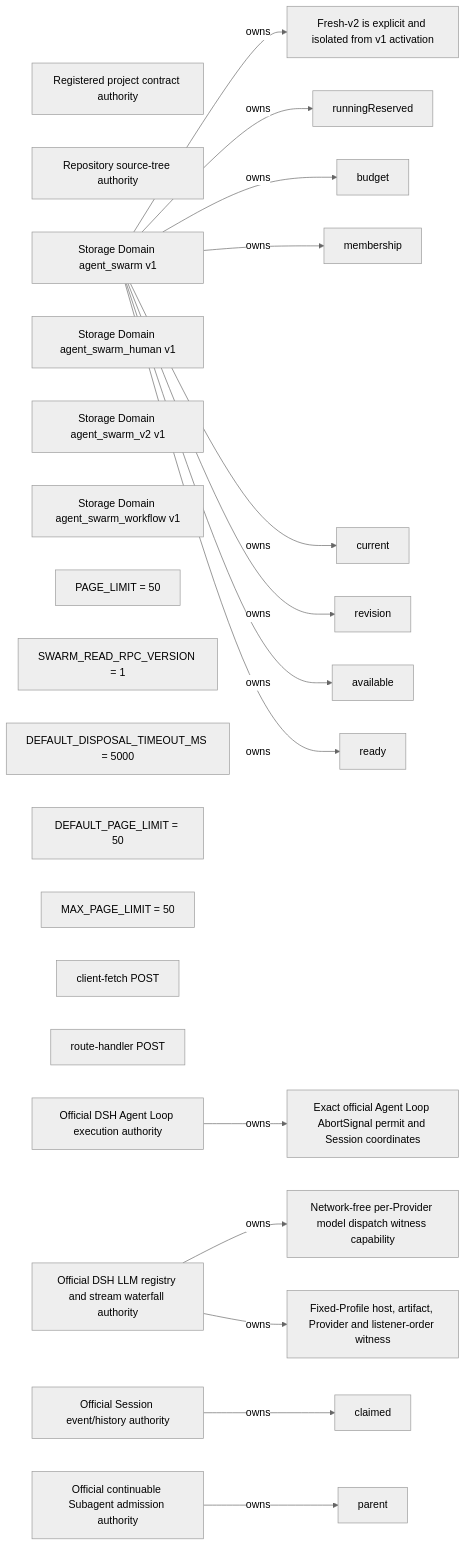
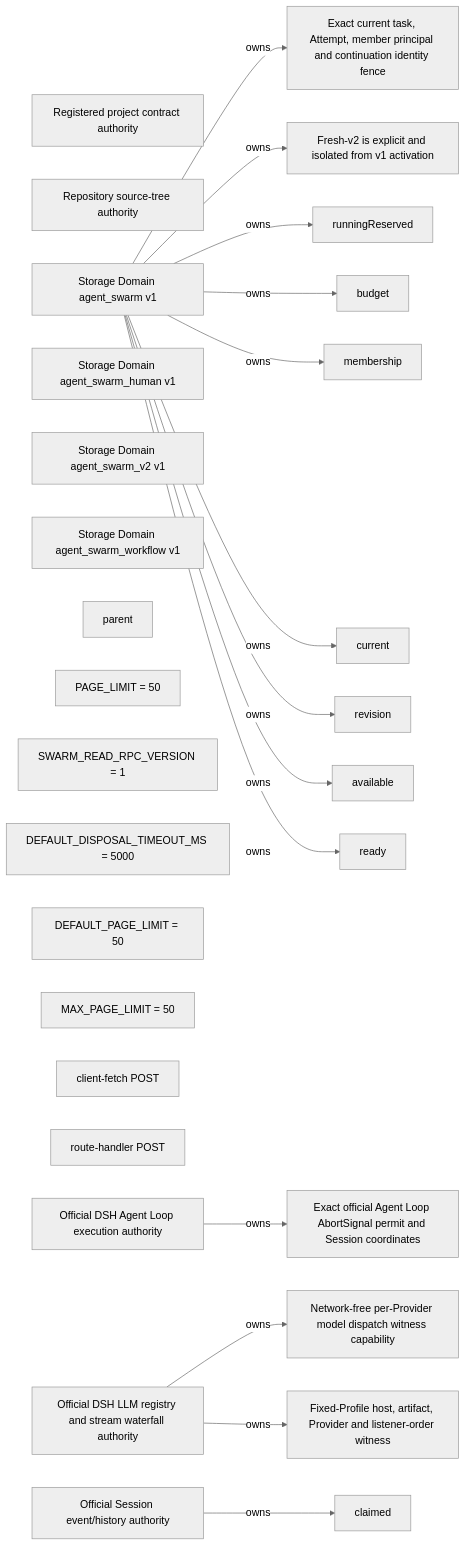
One commit to leinasi2014/dsh-agent-swarm changed the sixth of 6 diagrams in docs/generated/knowledge-graph/authority-permission.md. Above: the diagram before and after it, drawn with Mermaid (neutral theme). The commit also changed other lines of this file and 46 other files, not shown here.

Commit message:
feat: add fresh-v2 online attempt continuation

````diff
--- a/docs/generated/knowledge-graph/authority-permission.md
+++ b/docs/generated/knowledge-graph/authority-permission.md
@@ -110,46 +112,46 @@
 ```mermaid
 flowchart LR
   n_617574686f726974793a70726f6a6563742d636f6e747261637473["Registered project contract authority"]
   n_617574686f726974793a736f757263652d74726565["Repository source-tree authority"]
   n_6361706162696c6974793a66726573682d76322d6d6f64656c2d64697370617463682d7769746e657373["Network-free per-Provider model dispatch witness capability"]
   n_646f6d61696e3a6167656e742d737761726d["Storage Domain agent_swarm v1"]
   n_646f6d61696e3a6167656e742d737761726d2d68756d616e["Storage Domain agent_swarm_human v1"]
   n_646f6d61696e3a6167656e742d737761726d2d7632["Storage Domain agent_swarm_v2 v1"]
   n_646f6d61696e3a6167656e742d737761726d2d776f726b666c6f77["Storage Domain agent_swarm_workflow v1"]
   n_67756172643a617474656d70742d72756e6e696e672d7265736572766564["runningReserved"]
   n_67756172643a6275646765742d7265736572766174696f6e2d61646d69737369626c65["budget"]
   n_67756172643a6361707461696e2d6f722d73656c662d6d656d62657273686970["membership"]
   n_67756172643a636c61696d65642d6672616d652d6f6e6c792d61636b6e6f776c656467656d656e74["claimed"]
   n_67756172643a65786163742d63757272656e742d617474656d7074["current"]
   n_67756172643a65786163742d7461736b2d7265766973696f6e["revision"]
+  n_67756172643a66726573682d76322d636f6e74696e756174696f6e2d65786163742d617474656d7074["Exact current task, Attempt, member principal and continuation identity fence"]
   n_67756172643a66726573682d76322d6578706572696d656e74616c2d61637469766174696f6e["Fresh-v2 is explicit and isolated from v1 activation"]
   n_67756172643a66726573682d76322d66697865642d70726f66696c652d7769746e6573732d6361706162696c697479["Fixed-Profile host, artifact, Provider and listener-order witness"]
   n_67756172643a66726573682d76322d6f6666696369616c2d6167656e742d6c6f6f702d72657175657374["Exact official Agent Loop AbortSignal permit and Session coordinates"]
   n_67756172643a6d656d6265722d6861732d6e6f2d6f70656e2d776f726b["available"]
   n_67756172643a6f6666696369616c2d6c6976652d6469726563742d706172656e742d61646d697373696f6e["parent"]
   n_67756172643a7270632d626f756e642f7372632f636c69656e742f7465616d2d64617368626f6172642d636f6e74726f6c6c65722e74732f706167655f6c696d6974["PAGE_LIMIT = 50"]
   n_67756172643a7270632d626f756e642f7372632f7270632f726561642d7270632d636f6e74726163742e74732f737761726d5f726561645f7270635f76657273696f6e["SWARM_READ_RPC_VERSION = 1"]
   n_67756172643a7270632d626f756e642f7372632f7270632f726561642d7270632d736572766963652e74732f64656661756c745f646973706f73616c5f74696d656f75745f6d73["DEFAULT_DISPOSAL_TIMEOUT_MS = 5000"]
   n_67756172643a7270632d626f756e642f7372632f7270632f726561642d7270632d736572766963652e74732f64656661756c745f706167655f6c696d6974["DEFAULT_PAGE_LIMIT = 50"]
   n_67756172643a7270632d626f756e642f7372632f7270632f726561642d7270632d736572766963652e74732f6d61785f706167655f6c696d6974["MAX_PAGE_LIMIT = 50"]
   n_67756172643a7270632d687474702f30312d7372632f636c69656e742f726561642d636c69656e742e7473["client-fetch POST"]
   n_67756172643a7270632d687474702f30322d7372632f7270632f726561642d7270632d736572766963652e7473["route-handler POST"]
   n_67756172643a7461736b2d7265616479["ready"]
   n_6f6666696369616c2d617574686f726974793a6167656e742d6c6f6f70["Official DSH Agent Loop execution authority"]
   n_6f6666696369616c2d617574686f726974793a6c6c6d2d72756e74696d65["Official DSH LLM registry and stream waterfall authority"]
   n_6f6666696369616c2d617574686f726974793a73657373696f6e["Official Session event/history authority"]
-  n_6f6666696369616c2d617574686f726974793a7375626167656e74["Official continuable Subagent admission authority"]
+  n_646f6d61696e3a6167656e742d737761726d -->|owns| n_67756172643a66726573682d76322d636f6e74696e756174696f6e2d65786163742d617474656d7074
   n_646f6d61696e3a6167656e742d737761726d -->|owns| n_67756172643a66726573682d76322d6578706572696d656e74616c2d61637469766174696f6e
   n_6f6666696369616c2d617574686f726974793a6c6c6d2d72756e74696d65 -->|owns| n_6361706162696c6974793a66726573682d76322d6d6f64656c2d64697370617463682d7769746e657373
   n_6f6666696369616c2d617574686f726974793a6c6c6d2d72756e74696d65 -->|owns| n_67756172643a66726573682d76322d66697865642d70726f66696c652d7769746e6573732d6361706162696c697479
   n_6f6666696369616c2d617574686f726974793a6167656e742d6c6f6f70 -->|owns| n_67756172643a66726573682d76322d6f6666696369616c2d6167656e742d6c6f6f702d72657175657374
   n_646f6d61696e3a6167656e742d737761726d -->|owns| n_67756172643a617474656d70742d72756e6e696e672d7265736572766564
   n_646f6d61696e3a6167656e742d737761726d -->|owns| n_67756172643a6275646765742d7265736572766174696f6e2d61646d69737369626c65
   n_646f6d61696e3a6167656e742d737761726d -->|owns| n_67756172643a6361707461696e2d6f722d73656c662d6d656d62657273686970
   n_6f6666696369616c2d617574686f726974793a73657373696f6e -->|owns| n_67756172643a636c61696d65642d6672616d652d6f6e6c792d61636b6e6f776c656467656d656e74
   n_646f6d61696e3a6167656e742d737761726d -->|owns| n_67756172643a65786163742d63757272656e742d617474656d7074
   n_646f6d61696e3a6167656e742d737761726d -->|owns| n_67756172643a65786163742d7461736b2d7265766973696f6e
   n_646f6d61696e3a6167656e742d737761726d -->|owns| n_67756172643a6d656d6265722d6861732d6e6f2d6f70656e2d776f726b
-  n_6f6666696369616c2d617574686f726974793a7375626167656e74 -->|owns| n_67756172643a6f6666696369616c2d6c6976652d6469726563742d706172656e742d61646d697373696f6e
   n_646f6d61696e3a6167656e742d737761726d -->|owns| n_67756172643a7461736b2d7265616479
 ```
````
